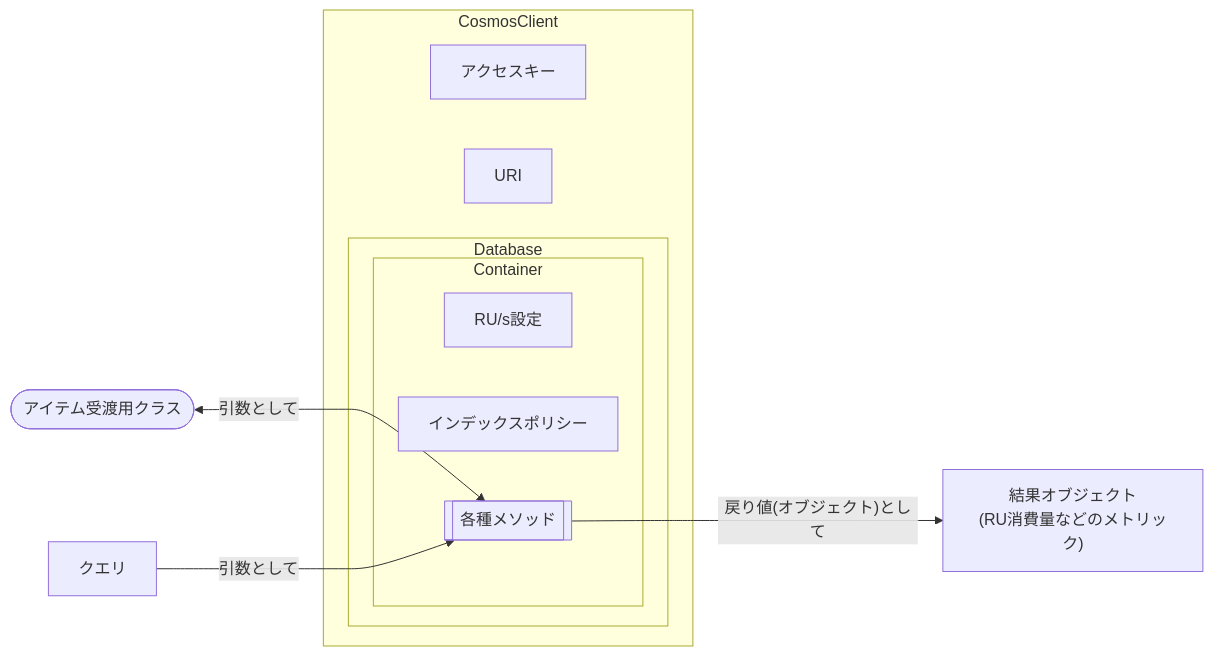
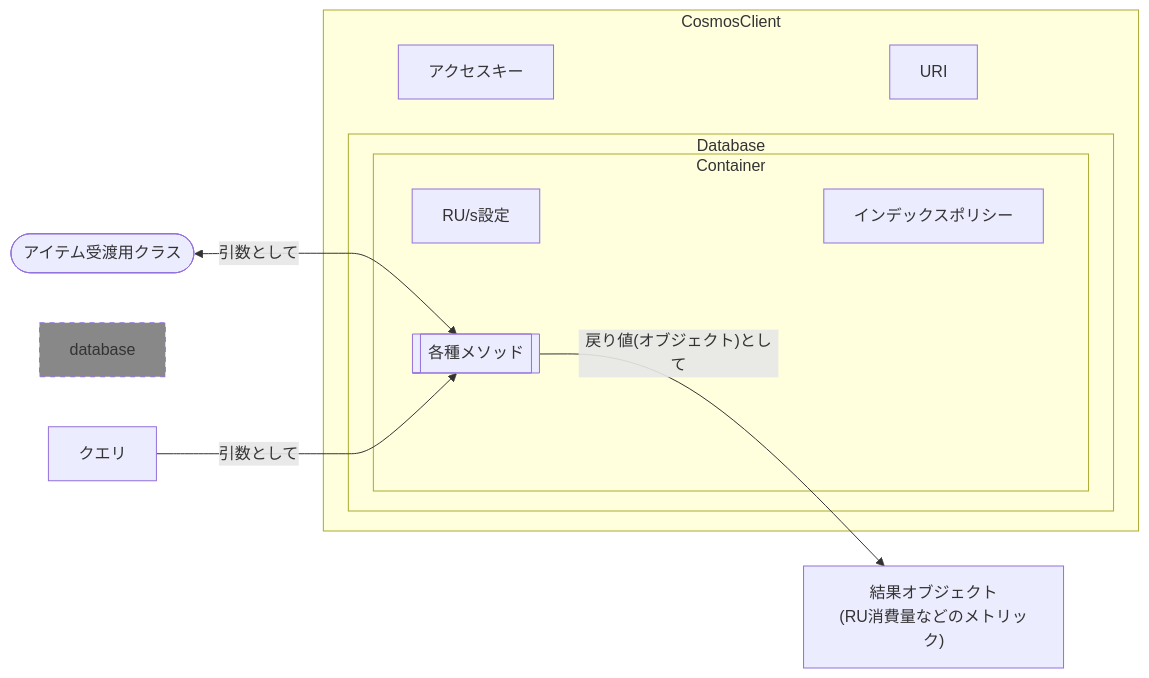
One commit to tahayaka-microsoft/CosmosDB-ChangeFeed-Functions changed the fourth of 4 diagrams in readme.md. Above: the diagram before and after it, drawn with Mermaid.

````diff
--- a/readme.md
+++ b/readme.md
@@ -381,19 +381,22 @@
 ```mermaid
 graph LR
     A([アイテム受渡用クラス])
     subgraph "CosmosClient"
         1[アクセスキー]
         2[URI]
+        1~~~2
         subgraph "Database"
             subgraph "Container"
                 3[RU/s設定]
                 4[インデックスポリシー]
                 B[[各種メソッド]]
+                3~~~4
             end
         end
+        style database fill:#888,stroke-dasharray: 5 5
     end
     A<--引数として-->B
     D["クエリ"]--引数として-->B
     B--"戻り値(オブジェクト)として"-->C["結果オブジェクト
 (RU消費量などのメトリック)"]
 ```
````
